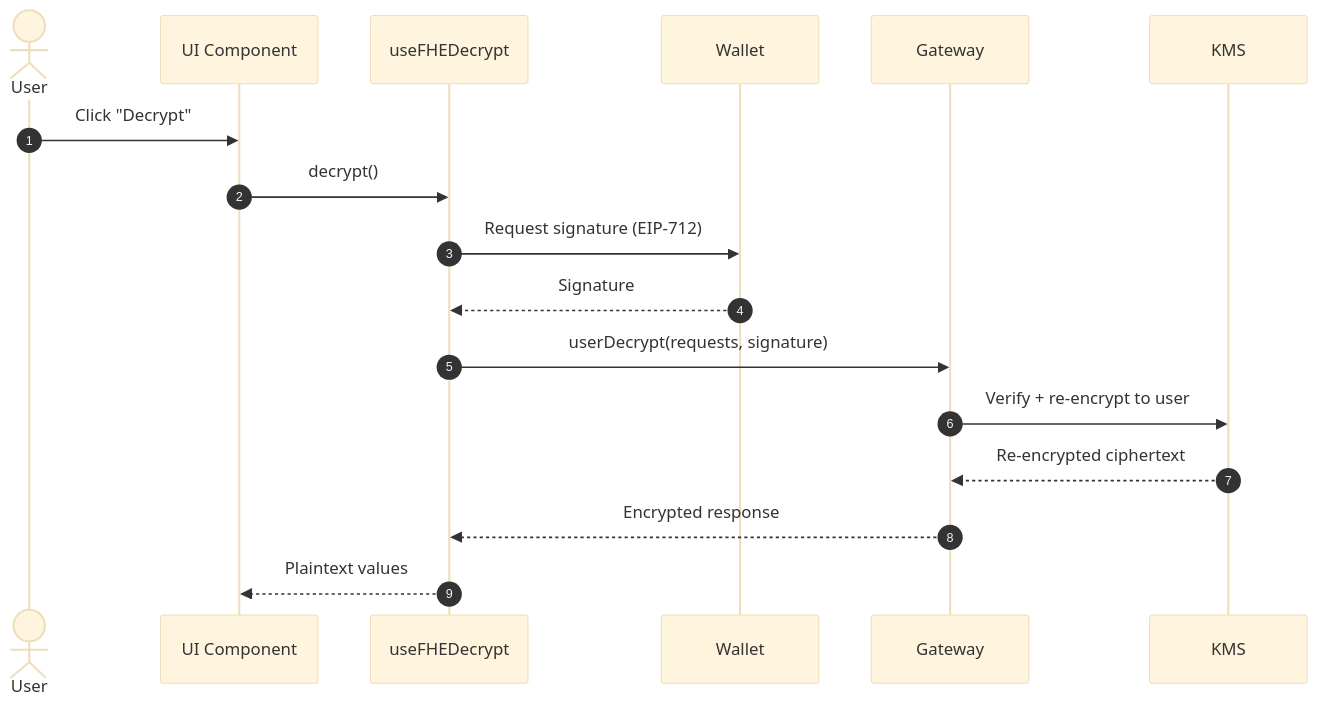
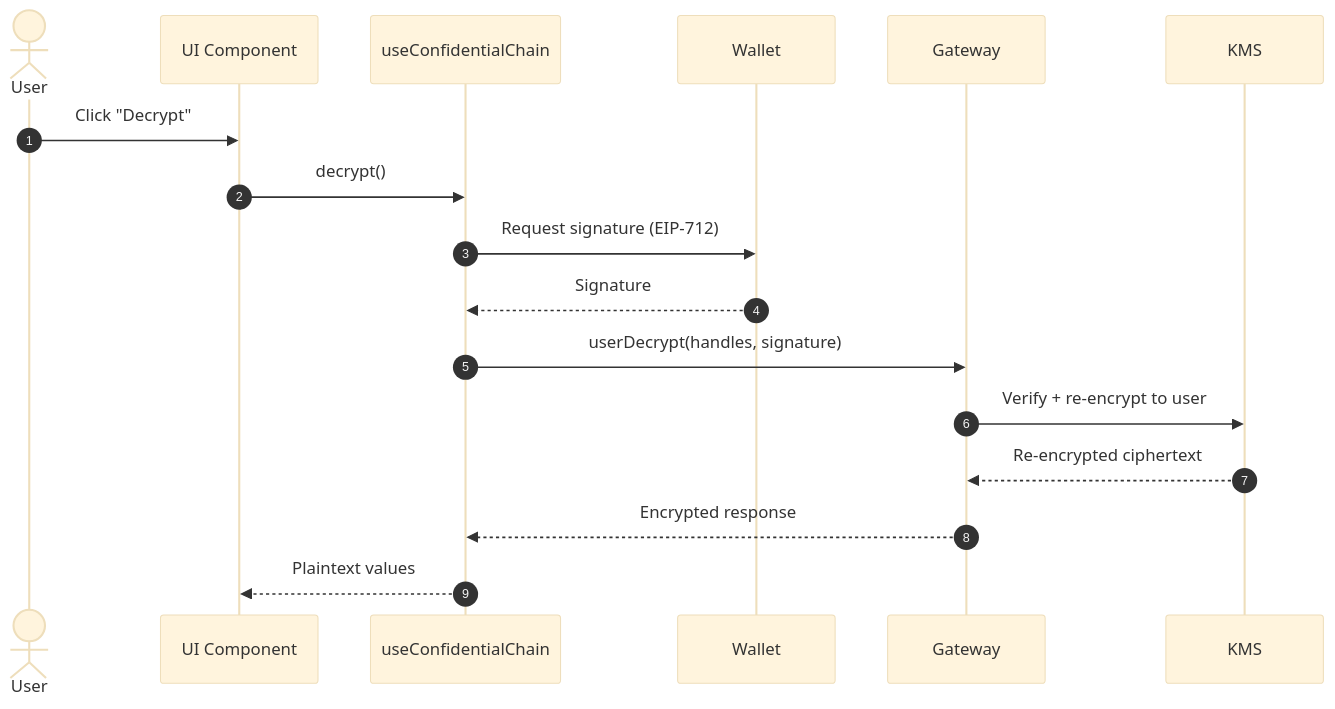
The eighth of 9 diagrams in docs/(architecture)/web3-architecture.md (gustavovalverde/zentity), drawn with Mermaid (base theme) before and after one commit. The commit also changed other lines of this file and 87 other files, not shown here.

````diff
--- a/docs/(architecture)/web3-architecture.md
+++ b/docs/(architecture)/web3-architecture.md
@@ -364,20 +361,20 @@
 ```mermaid
 sequenceDiagram
   autonumber
   actor User
   participant C as UI Component
-  participant H as useFHEDecrypt
+  participant H as useConfidentialChain
   participant W as Wallet
   participant G as Gateway
   participant K as KMS
 
   User->>C: Click "Decrypt"
   C->>H: decrypt()
   H->>W: Request signature (EIP-712)
   W-->>H: Signature
-  H->>G: userDecrypt(requests, signature)
+  H->>G: userDecrypt(handles, signature)
   G->>K: Verify + re-encrypt to user
   K-->>G: Re-encrypted ciphertext
   G-->>H: Encrypted response
   H-->>C: Plaintext values
 ```
````
